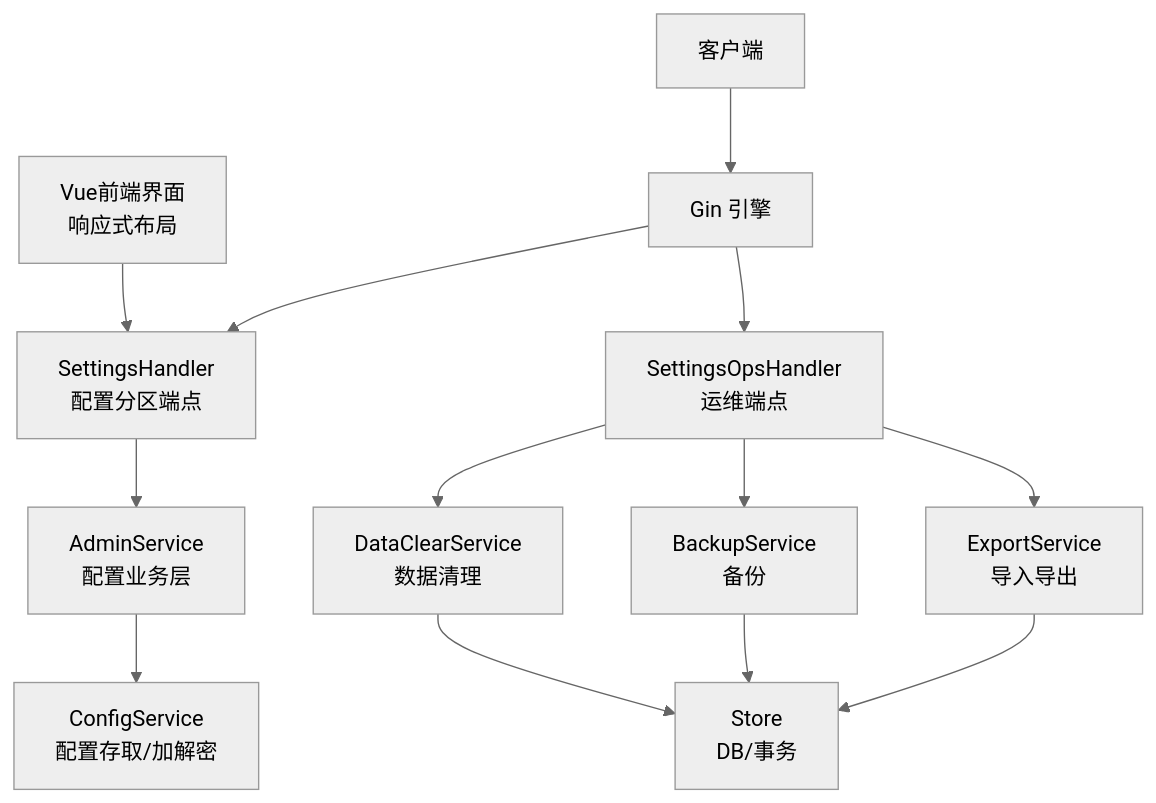
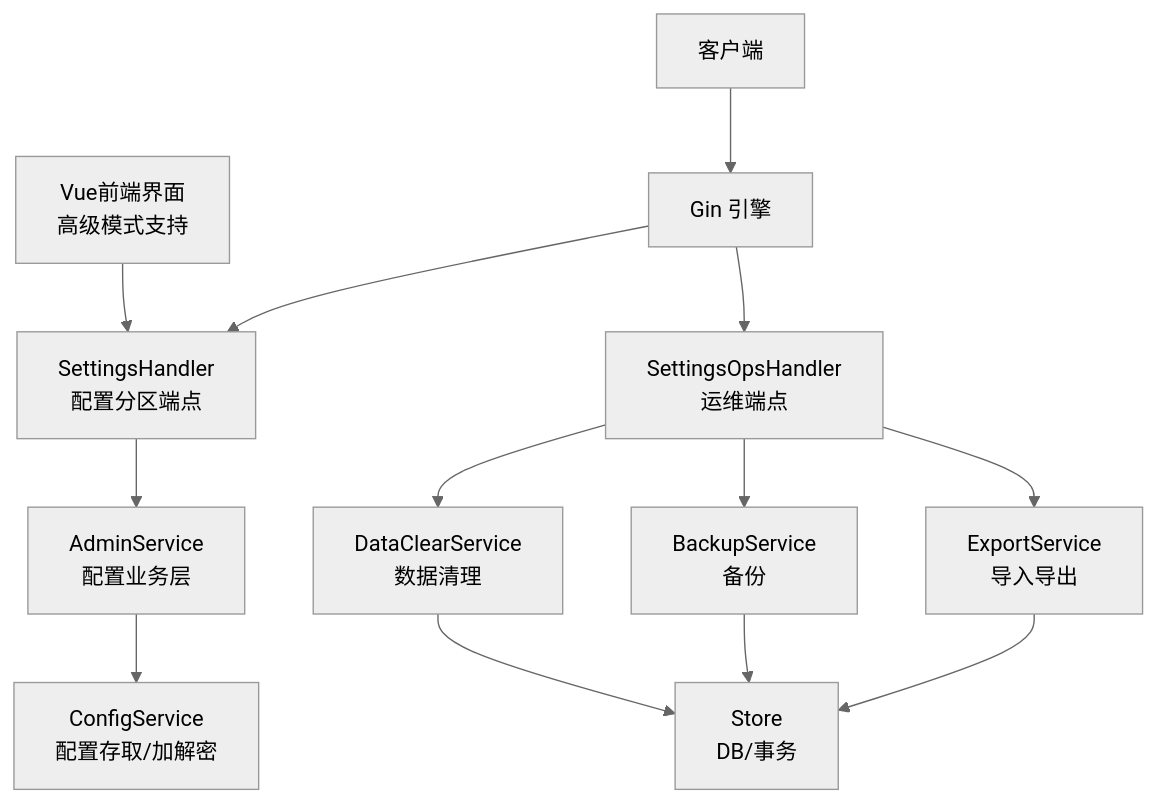
One commit to AlcaProphet/VPN-Subscription-Management changed the first of 9 diagrams in .qoder/repowiki/zh/content/API接口文档/系统设置API.md. Above: the diagram before and after it, drawn with Mermaid (neutral theme). The commit also changed other lines of this file and 7 other files, not shown here.

````diff
--- a/.qoder/repowiki/zh/content/API接口文档/系统设置API.md
+++ b/.qoder/repowiki/zh/content/API接口文档/系统设置API.md
@@ -47,15 +48,15 @@
 ```mermaid
 graph TB
 Client["客户端"] --> GW["Gin 引擎"]
 GW --> Settings["SettingsHandler<br/>配置分区端点"]
 GW --> Ops["SettingsOpsHandler<br/>运维端点"]
 Settings --> AdminCfg["AdminService<br/>配置业务层"]
 Ops --> ExportSvc["ExportService<br/>导入导出"]
 Ops --> BackupSvc["BackupService<br/>备份"]
 Ops --> ClearSvc["DataClearService<br/>数据清理"]
 AdminCfg --> CfgSvc["ConfigService<br/>配置存取/加解密"]
 ExportSvc --> Store["Store<br/>DB/事务"]
 BackupSvc --> Store
 ClearSvc --> Store
-Frontend["Vue前端界面<br/>响应式布局"] --> Settings
+Frontend["Vue前端界面<br/>高级模式支持"] --> Settings
 ```
````
